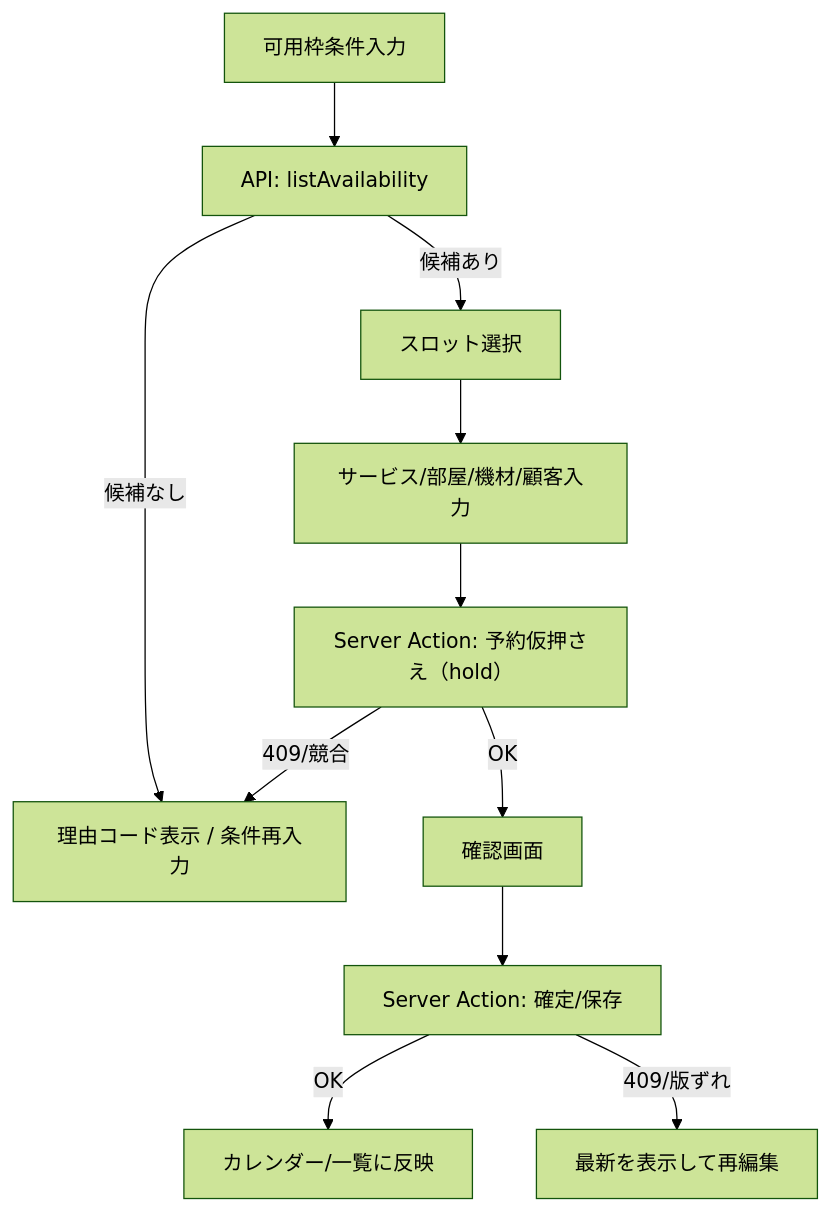
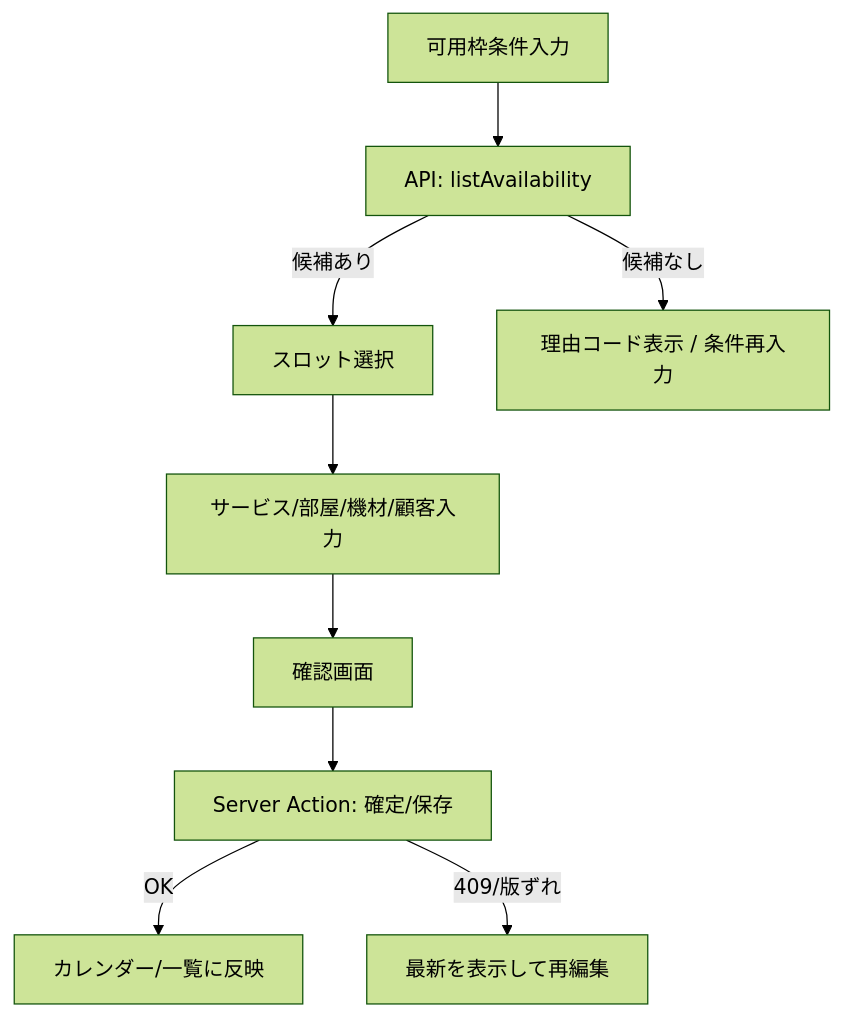
The diagram in docs/overview/use-cases.md (hira777/pulseboard), drawn with Mermaid (forest theme) before and after one commit. The commit also changed other lines of this file and 6 other files, not shown here.

````diff
--- a/docs/overview/use-cases.md
+++ b/docs/overview/use-cases.md
@@ -29,13 +29,11 @@
 ```mermaid
 flowchart TD
   A["可用枠条件入力"] --> B["API: listAvailability"]
   B -->|候補あり| C["スロット選択"]
   B -->|候補なし| X["理由コード表示 / 条件再入力"]
   C --> D["サービス/部屋/機材/顧客入力"]
-  D --> E["Server Action: 予約仮押さえ（hold）"]
-  E -->|OK| F["確認画面"]
-  E -->|409/競合| X
+  D --> F["確認画面"]
   F --> G["Server Action: 確定/保存"]
   G -->|OK| H["カレンダー/一覧に反映"]
   G -->|409/版ずれ| R["最新を表示して再編集"]
 ```
````
